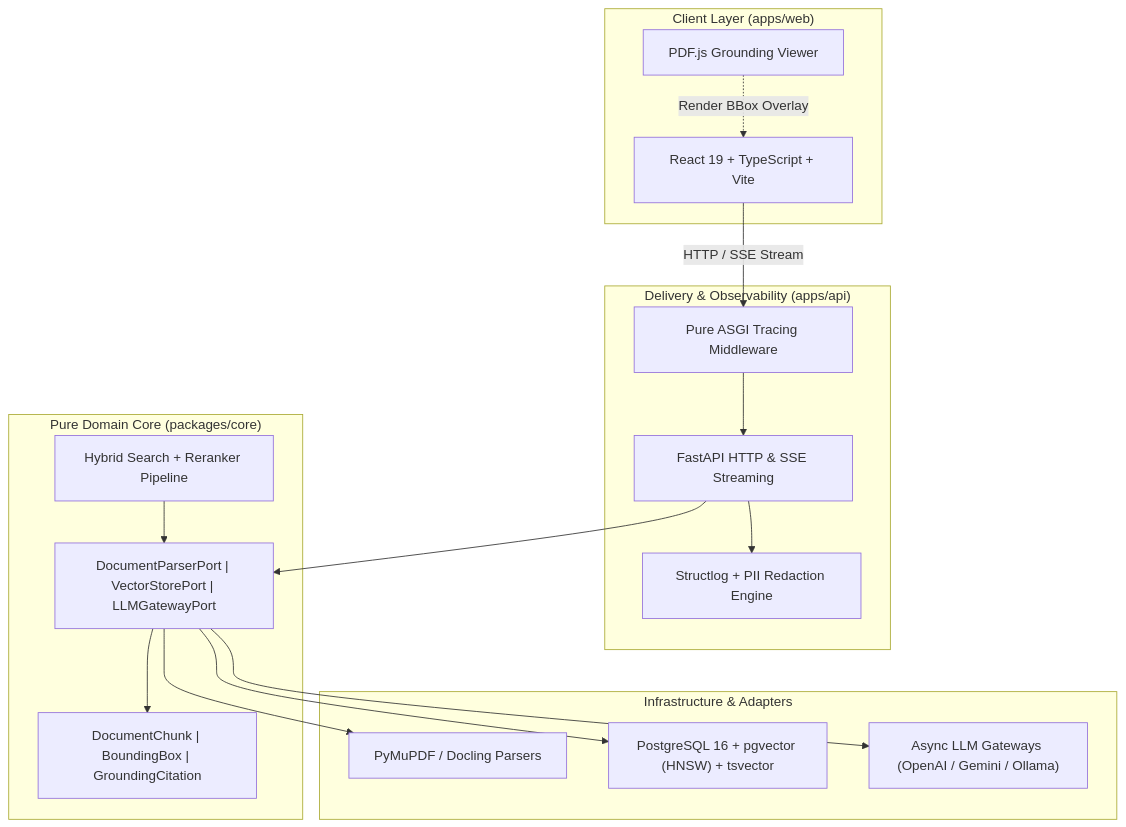
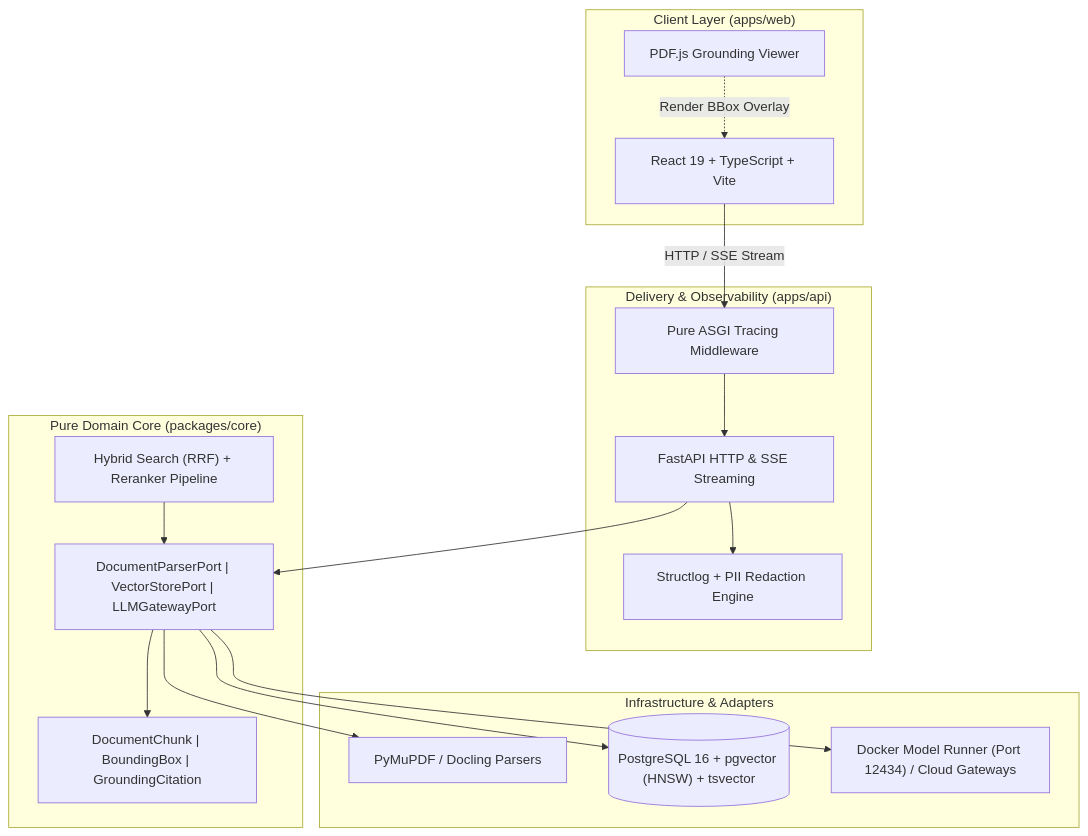
One commit to dammanhdungvn/VeriScholar changed the diagram in README.md. Above: the diagram before and after it, drawn with Mermaid. The commit also changed other lines of this file and 103 other files, not shown here.

````diff
--- a/README.md
+++ b/README.md
@@ -58,36 +64,36 @@
 ```mermaid
 flowchart TD
     subgraph CLIENT ["Client Layer (apps/web)"]
         UI["React 19 + TypeScript + Vite"]
         Viewer["PDF.js Grounding Viewer"]
     end
 
     subgraph TRANSPORT ["Delivery & Observability (apps/api)"]
         ASGI["Pure ASGI Tracing Middleware"]
         Router["FastAPI HTTP & SSE Streaming"]
         LogEngine["Structlog + PII Redaction Engine"]
     end
 
     subgraph DOMAIN ["Pure Domain Core (packages/core)"]
         Ports["DocumentParserPort | VectorStorePort | LLMGatewayPort"]
         Models["DocumentChunk | BoundingBox | GroundingCitation"]
-        Engine["Hybrid Search + Reranker Pipeline"]
+        Engine["Hybrid Search (RRF) + Reranker Pipeline"]
     end
 
     subgraph INFRA ["Infrastructure & Adapters"]
         PDF["PyMuPDF / Docling Parsers"]
-        PG["PostgreSQL 16 + pgvector (HNSW) + tsvector"]
-        LLM["Async LLM Gateways (OpenAI / Gemini / Ollama)"]
+        PG[("PostgreSQL 16 + pgvector (HNSW) + tsvector")]
+        DMR["Docker Model Runner (Port 12434) / Cloud Gateways"]
     end
 
     UI -->|HTTP / SSE Stream| ASGI
     Viewer -.->|Render BBox Overlay| UI
     ASGI --> Router
     Router --> LogEngine
     Router --> Ports
     Ports --> Models
     Engine --> Ports
     Ports --> PDF
     Ports --> PG
-    Ports --> LLM
+    Ports --> DMR
 ```
````
